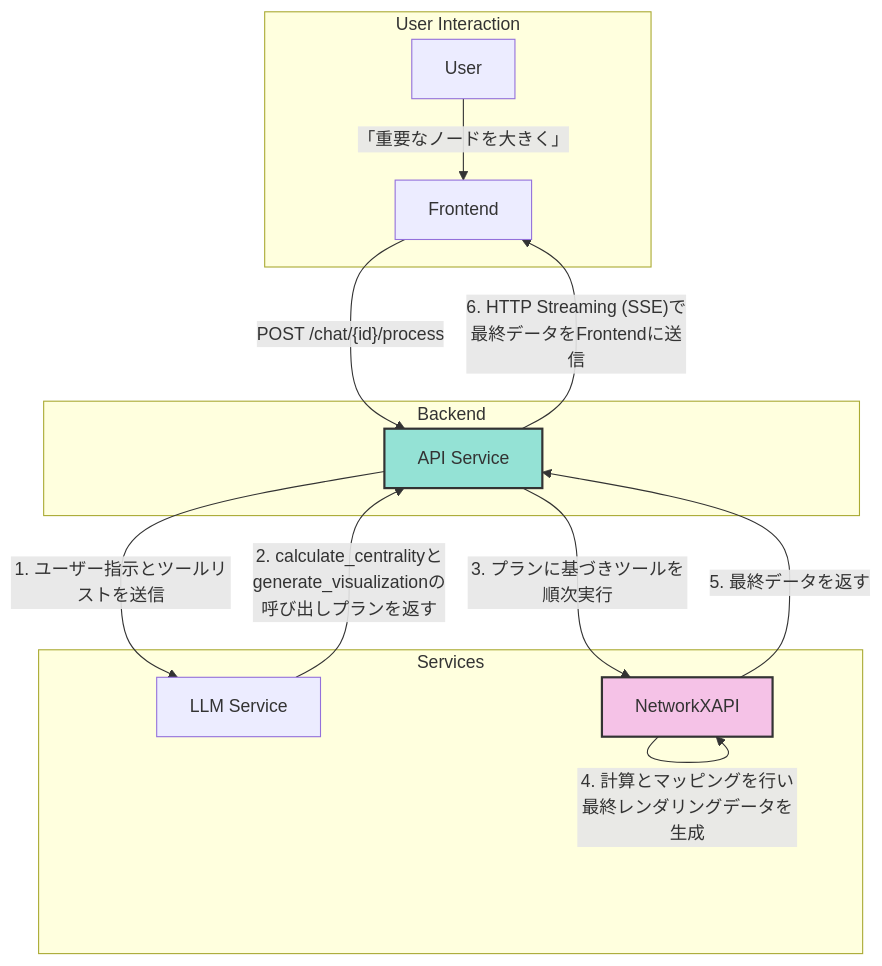
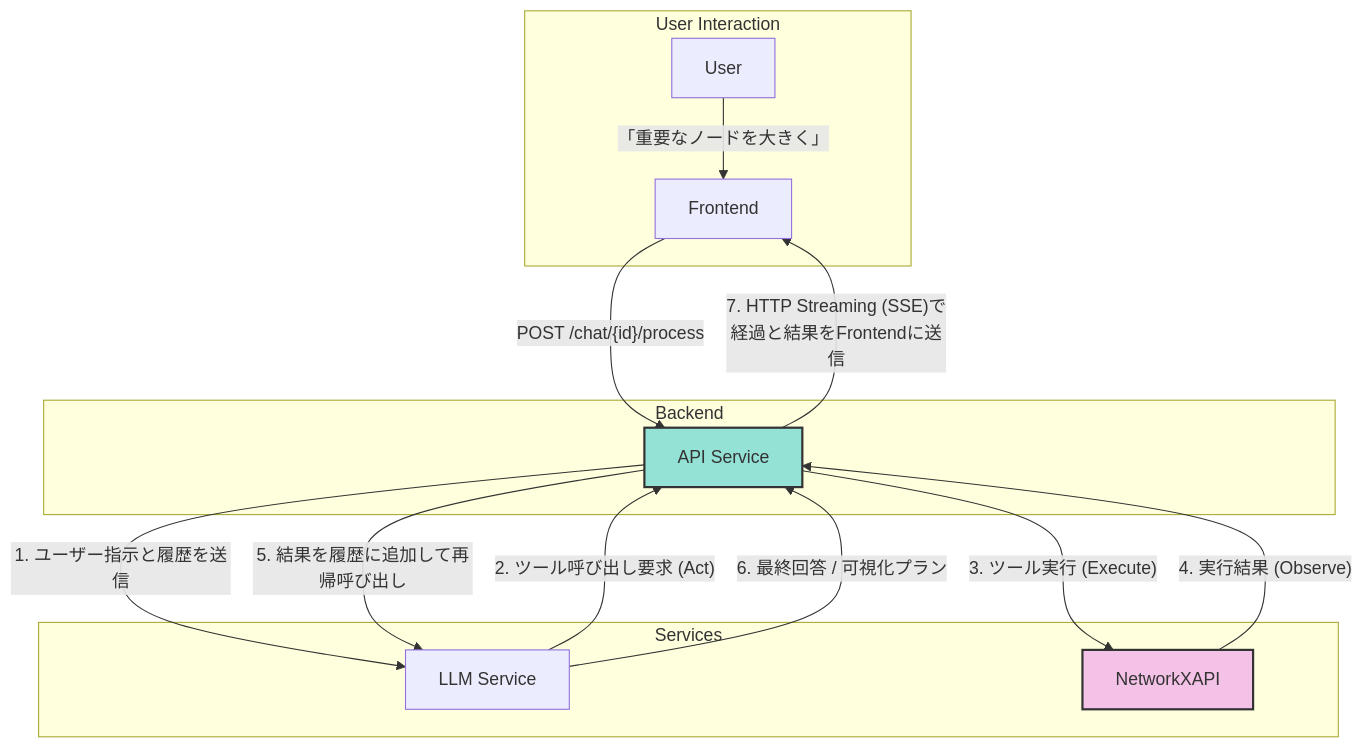
Before and after one commit to vdslab/LLMGraphvis: the second of 2 diagrams in specification/2_Technical_Details/1_Backend.md, drawn with Mermaid. The commit also changed other lines of this file and 2 other files, not shown here.

Commit message:
docs: Update technical specifications for Backend, NetworkX API, and Core Workflows

````diff
--- a/specification/2_Technical_Details/1_Backend.md
+++ b/specification/2_Technical_Details/1_Backend.md
@@ -115,26 +117,27 @@
 ```mermaid
 graph TD
     subgraph User Interaction
         U[User] -- "「重要なノードを大きく」" --> F[Frontend]
     end
 
     subgraph Backend
         B_API[API Service]
     end
 
     subgraph Services
         LLM[LLM Service]
         NXAPI[NetworkXAPI]
     end
 
     F -- "POST /chat/{id}/process" --> B_API
-    B_API -- "1. ユーザー指示とツールリストを送信" --> LLM
-    LLM -- "2. calculate_centralityと<br/>generate_visualizationの<br/>呼び出しプランを返す" --> B_API
-    B_API -- "3. プランに基づきツールを順次実行" --> NXAPI
-    NXAPI -- "4. 計算とマッピングを行い<br/>最終レンダリングデータを生成" --> NXAPI
-    NXAPI -- "5. 最終データを返す" --> B_API
-    B_API -- "6. HTTP Streaming (SSE)で<br/>最終データをFrontendに送信" --> F
+    B_API -- "1. ユーザー指示と履歴を送信" --> LLM
+    LLM -- "2. ツール呼び出し要求 (Act)" --> B_API
+    B_API -- "3. ツール実行 (Execute)" --> NXAPI
+    NXAPI -- "4. 実行結果 (Observe)" --> B_API
+    B_API -- "5. 結果を履歴に追加して再帰呼び出し" --> LLM
+    LLM -- "6. 最終回答 / 可視化プラン" --> B_API
+    B_API -- "7. HTTP Streaming (SSE)で\n経過と結果をFrontendに送信" --> F
 
     style B_API fill:#94e2d5,stroke:#333,stroke-width:2px
     style NXAPI fill:#f5c2e7,stroke:#333,stroke-width:2px
 ```
````
